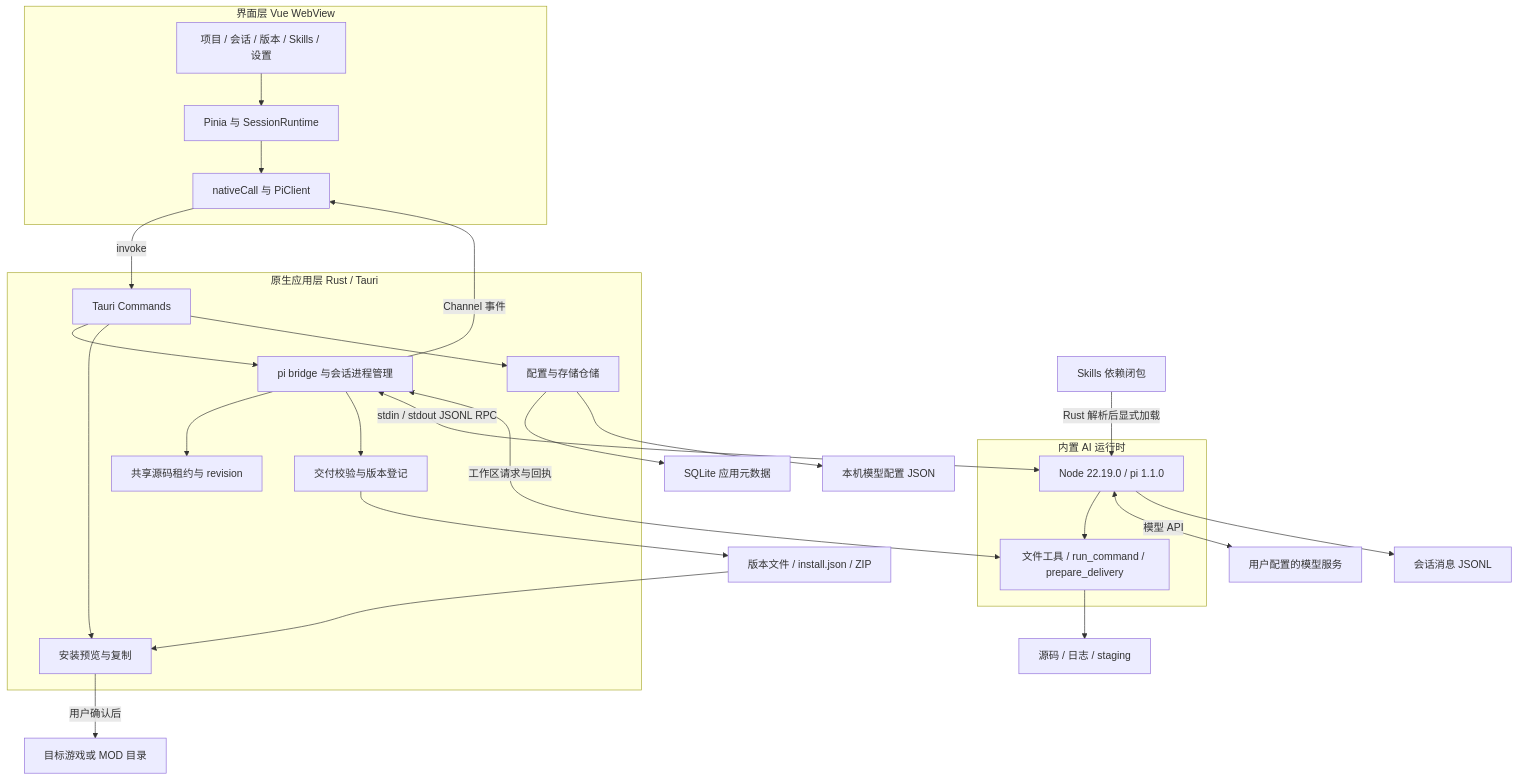
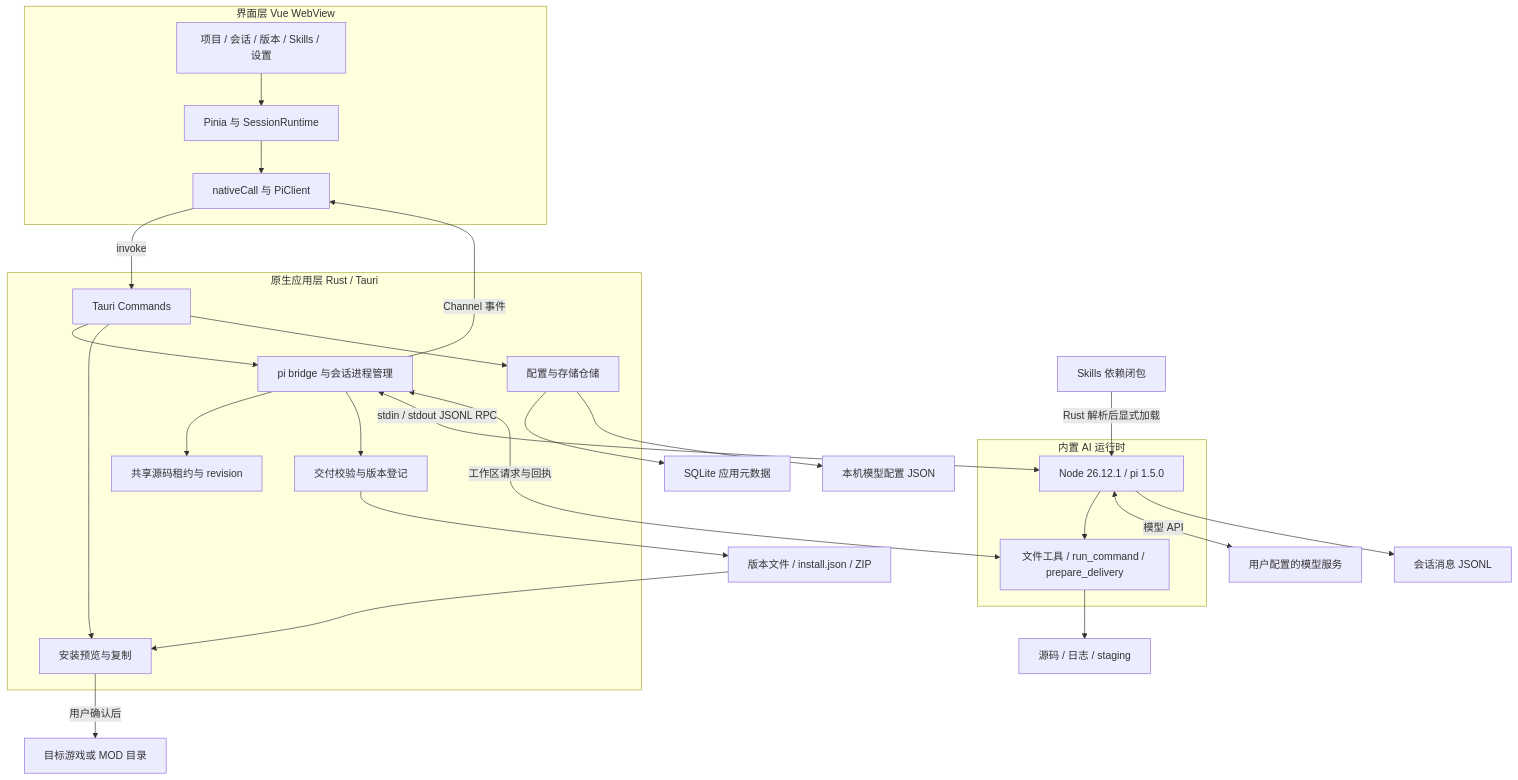
One commit to vaebe/gen-mod changed the first of 3 diagrams in docs/architecture/README.md. Above: the diagram before and after it, drawn with Mermaid. The commit also changed 12 other files, not shown here.

````diff
--- a/docs/architecture/README.md
+++ b/docs/architecture/README.md
@@ -14,40 +14,40 @@
 ```mermaid
 flowchart TB
   subgraph UI[界面层 Vue WebView]
     Pages[项目 / 会话 / 版本 / Skills / 设置]
     State[Pinia 与 SessionRuntime]
     Client[nativeCall 与 PiClient]
     Pages --> State --> Client
   end
   subgraph Native[原生应用层 Rust / Tauri]
     IPC[Tauri Commands]
     Bridge[pi bridge 与会话进程管理]
     Workspace[共享源码租约与 revision]
     Registry[交付校验与版本登记]
     Installer[安装预览与复制]
     Repository[配置与存储仓储]
     IPC --> Bridge
     IPC --> Installer
     IPC --> Repository
     Bridge --> Workspace
     Bridge --> Registry
   end
   subgraph Runtime[内置 AI 运行时]
-    Pi[Node 22.19.0 / pi 1.1.0]
+    Pi[Node 26.12.1 / pi 1.5.0]
     Tools[文件工具 / run_command / prepare_delivery]
     Pi --> Tools
   end
   Client -->|invoke| IPC
   Bridge -->|Channel 事件| Client
   Bridge <-->|stdin / stdout JSONL RPC| Pi
   Skills[Skills 依赖闭包] -->|Rust 解析后显式加载| Pi
   Pi <-->|模型 API| Provider[用户配置的模型服务]
   Tools <-->|工作区请求与回执| Bridge
   Tools --> Files[源码 / 日志 / staging]
   Registry --> Versions[版本文件 / install.json / ZIP]
   Versions --> Installer
   Installer -->|用户确认后| Target[目标游戏或 MOD 目录]
   Repository --> DB[SQLite 应用元数据]
   Repository --> Config[本机模型配置 JSON]
   Pi --> History[会话消息 JSONL]
 ```
````
